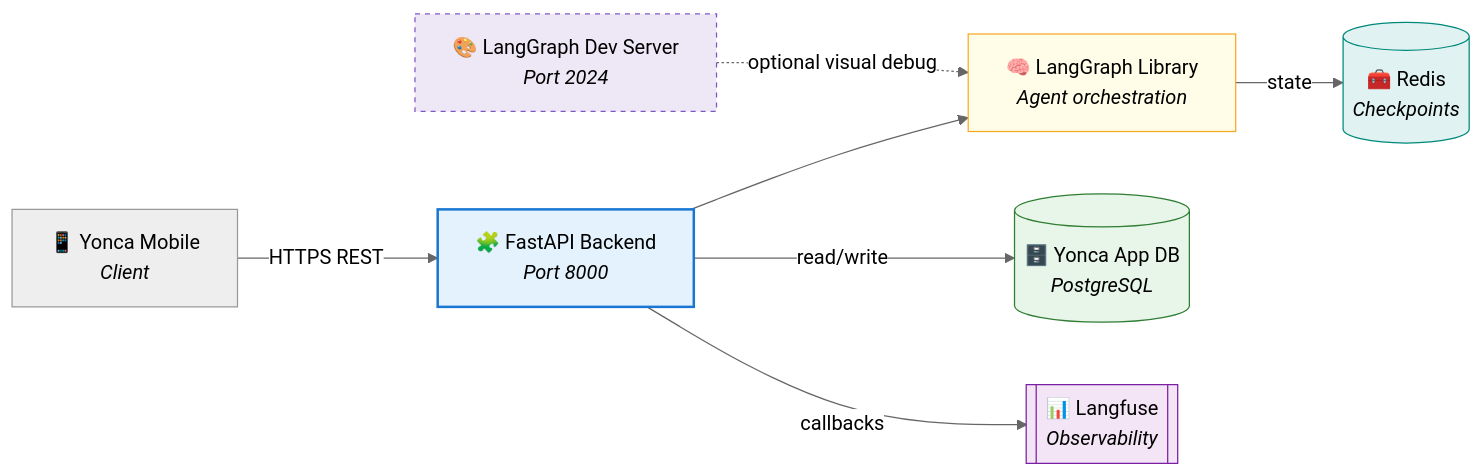
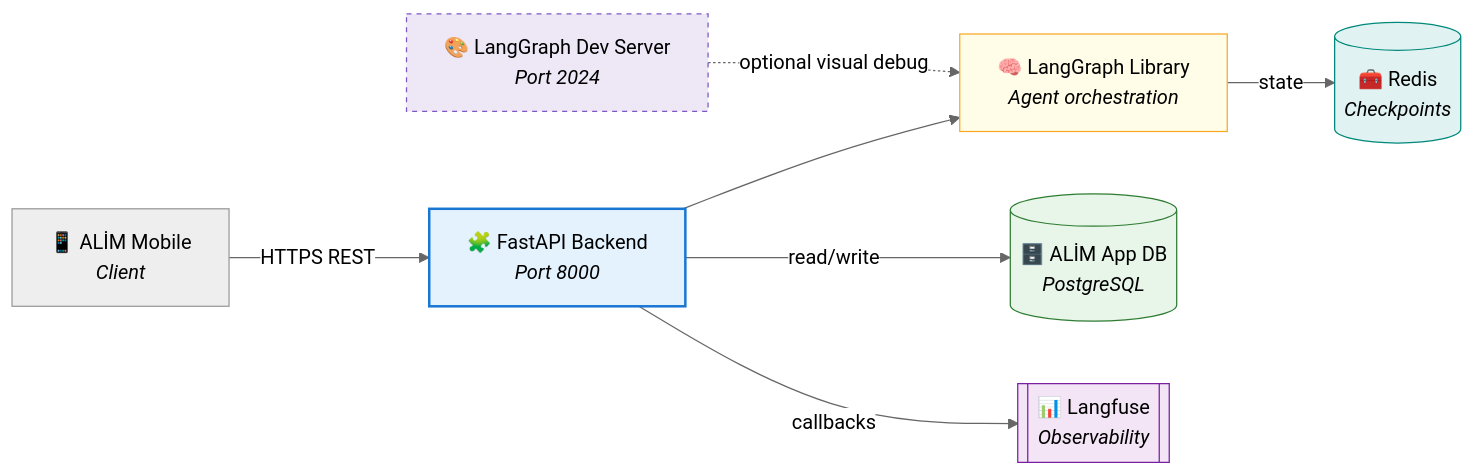
One commit to Px8Studio/yonja changed the diagram in docs/zekalab/20-INTEGRATION-API.md. Above: the diagram before and after it, drawn with Mermaid. The commit also changed other lines of this file and 259 other files, not shown here.

````diff
--- a/docs/zekalab/20-INTEGRATION-API.md
+++ b/docs/zekalab/20-INTEGRATION-API.md
@@ -17,25 +17,25 @@
 ```mermaid
 %%{init: {'theme': 'neutral'}}%%
 flowchart LR
-    mobile["📱 Yonca Mobile<br/><i>Client</i>"]
+    mobile["📱 ALİM Mobile<br/><i>Client</i>"]
     api["🧩 FastAPI Backend<br/><i>Port 8000</i>"]
     graphlib["🧠 LangGraph Library<br/><i>Agent orchestration</i>"]
     redis[(🧰 Redis<br/><i>Checkpoints</i>)]
-    db[(🗄️ Yonca App DB<br/><i>PostgreSQL</i>)]
+    db[(🗄️ ALİM App DB<br/><i>PostgreSQL</i>)]
     langfuse[[📊 Langfuse<br/><i>Observability</i>]]
     studio["🎨 LangGraph Dev Server<br/><i>Port 2024</i>"]
 
     mobile -->|HTTPS REST| api
     api --> graphlib
     graphlib -->|state| redis
     api -->|read/write| db
     api -->|callbacks| langfuse
     studio -.->|optional visual debug| graphlib
 
     style api fill:#e3f2fd,stroke:#1976d2,stroke-width:2px
     style graphlib fill:#fffde7,stroke:#f9a825
     style studio fill:#ede7f6,stroke:#7e57c2,stroke-dasharray: 4 4
     style langfuse fill:#f3e5f5,stroke:#7b1fa2
     style db fill:#e8f5e9,stroke:#2e7d32
     style redis fill:#e0f2f1,stroke:#00897b
 ```
````
